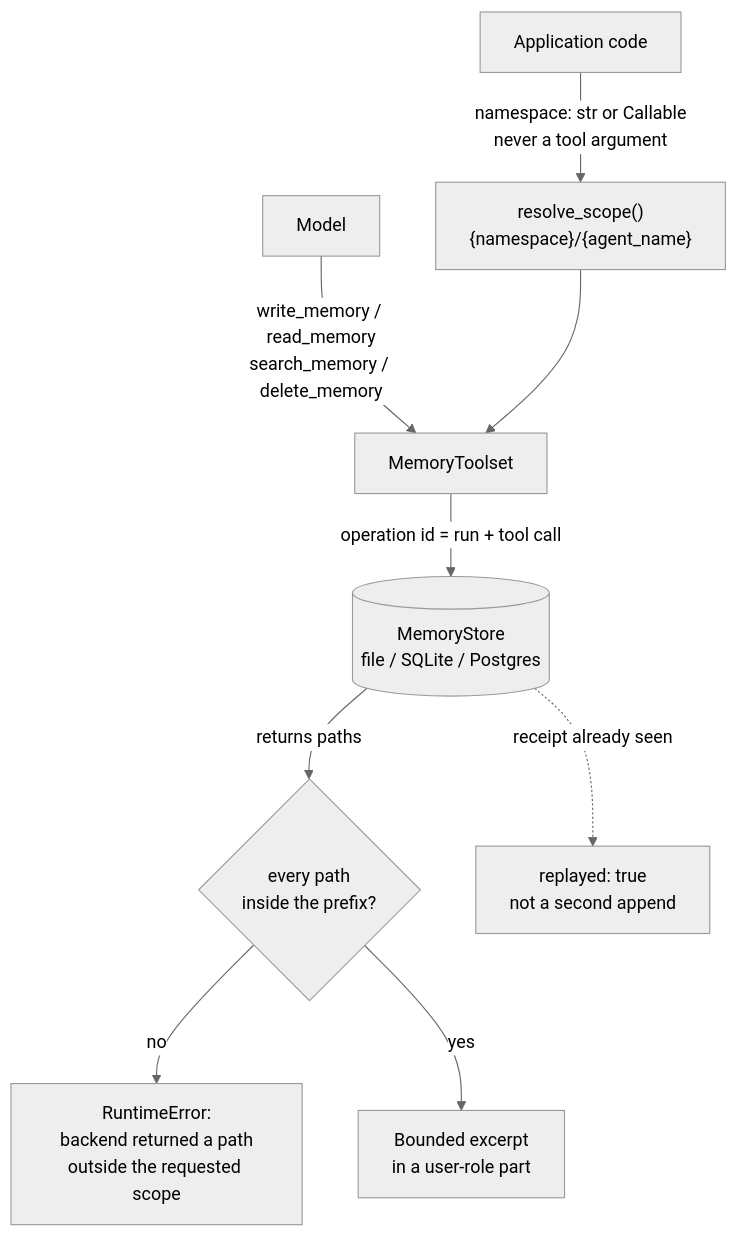
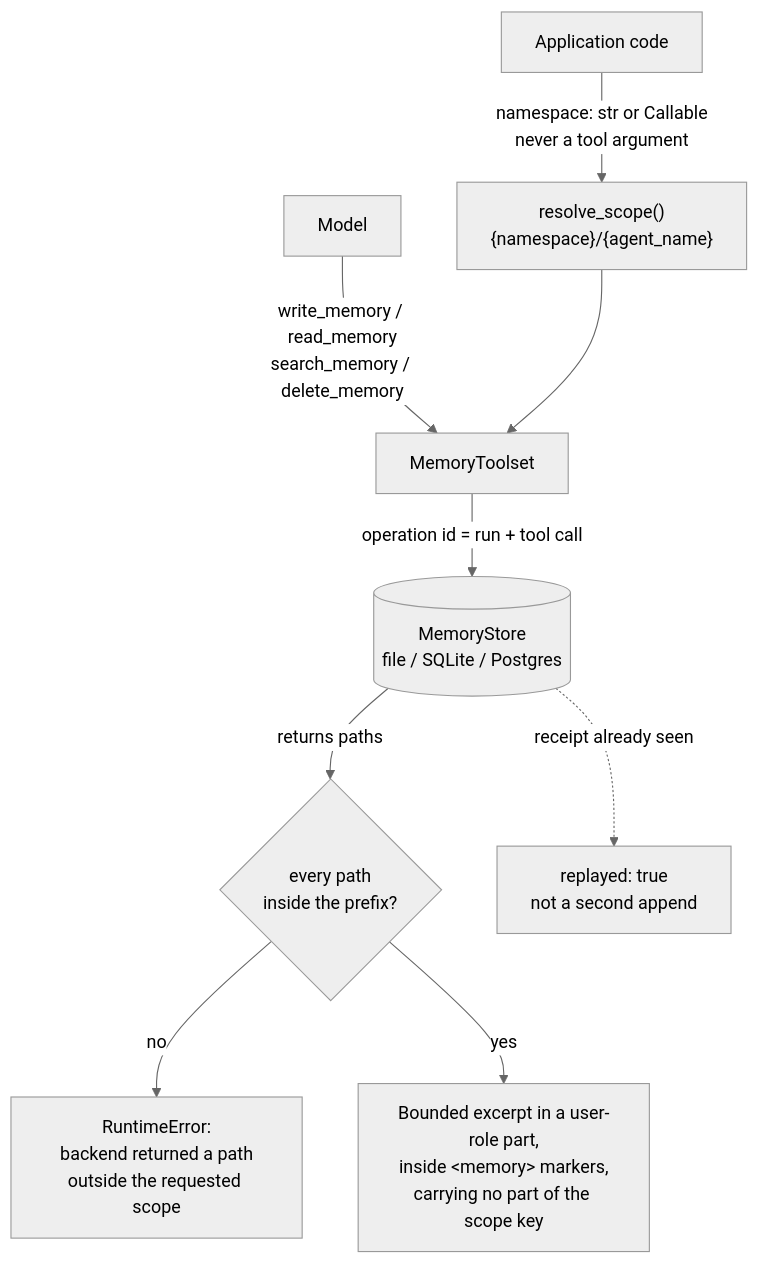
The diagram in content/systems/pydantic-ai-harness.md (neoneye/agent-memory-atlas), drawn with Mermaid (neutral theme) before and after one commit. The commit also changed other lines of this file and 8 other files, not shown here.

````diff
--- a/content/systems/pydantic-ai-harness.md
+++ b/content/systems/pydantic-ai-harness.md
@@ -95,12 +113,12 @@
 ```mermaid
-%% caption: the namespace is resolved by application code and never reachable as a tool argument, and a backend returning a path outside the requested scope raises rather than being filtered
+%% caption: the scope key is resolved by application code, reaches neither a tool signature nor the injected block, and is re-checked on the way back — a backend returning a path outside the requested prefix raises rather than being quietly filtered
 flowchart TB
     App["Application code"] -->|"namespace: str or Callable<br/>never a tool argument"| Scope["resolve_scope()<br/>{namespace}/{agent_name}"]
     Model["Model"] -->|"write_memory / read_memory<br/>search_memory / delete_memory"| Tool["MemoryToolset"]
     Scope --> Tool
     Tool -->|"operation id = run + tool call"| Store[("MemoryStore<br/>file / SQLite / Postgres")]
     Store -->|"returns paths"| Check{"every path<br/>inside the prefix?"}
     Check -->|no| Raise["RuntimeError:<br/>backend returned a path<br/>outside the requested scope"]
-    Check -->|yes| Ctx["Bounded excerpt<br/>in a user-role part"]
+    Check -->|yes| Ctx["Bounded excerpt in a user-role part,<br/>inside &lt;memory&gt; markers,<br/>carrying no part of the scope key"]
     Store -.->|"receipt already seen"| Replay["replayed: true<br/>not a second append"]
 ```
````
